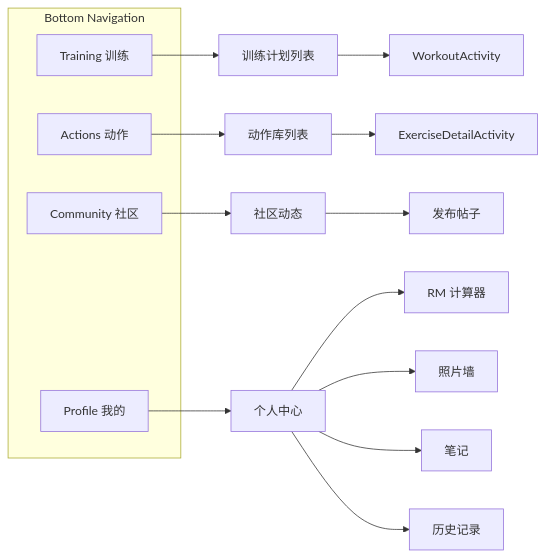
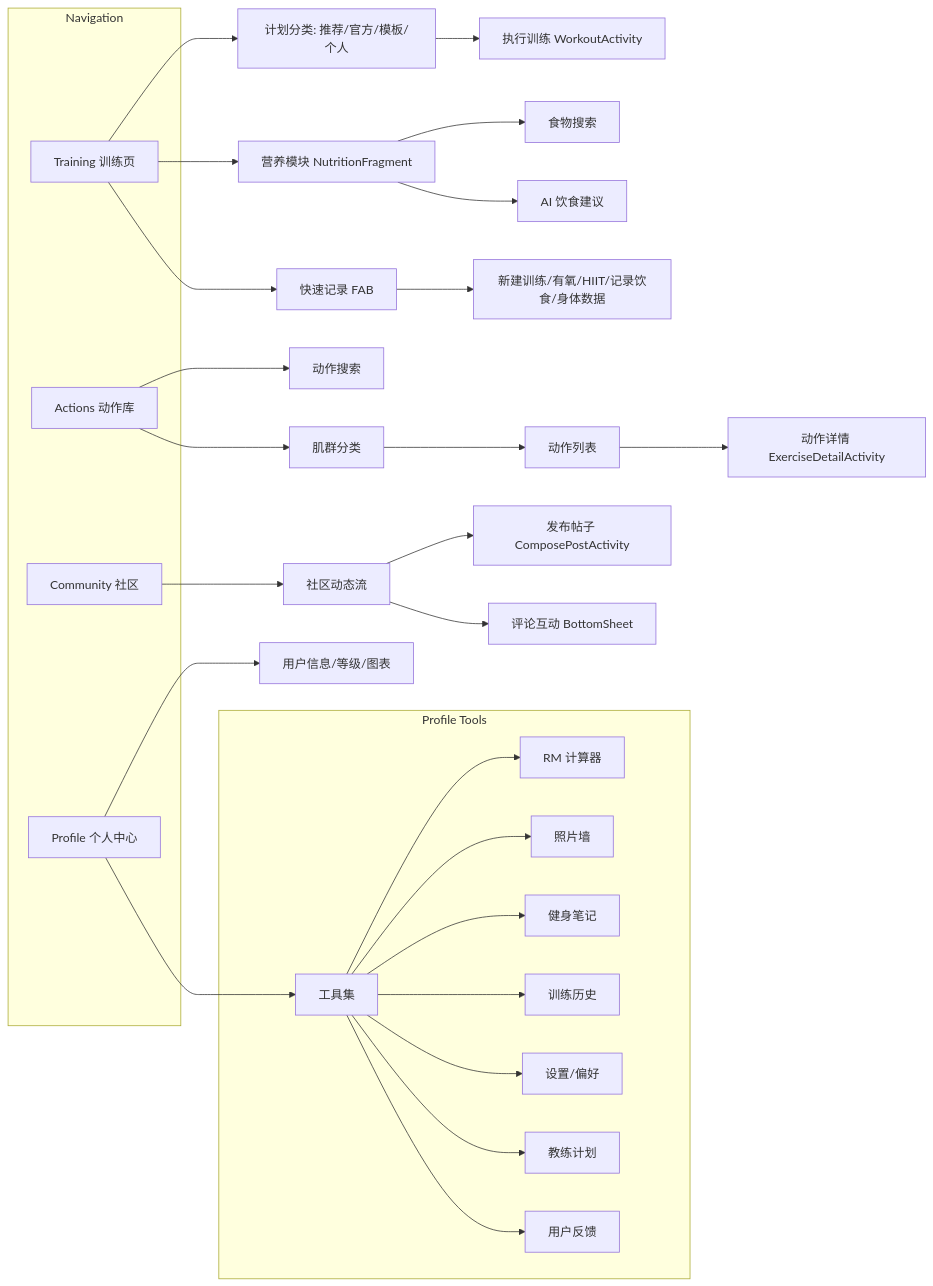
Before and after one commit to android-app-development-course/2025-Autumn-Aberdeen-2-TrainTrack_App: the second of 2 diagrams in README.md, drawn with Mermaid.

````diff
--- a/README.md
+++ b/README.md
@@ -215,24 +215,43 @@
 ```mermaid
 graph LR
-    subgraph "Bottom Navigation"
-        H[Training 训练]
-        A[Actions 动作]
+    subgraph "Navigation"
+        H[Training 训练页]
+        A[Actions 动作库]
         C[Community 社区]
-        P[Profile 我的]
+        P[Profile 个人中心]
     end
+
+    %% Training Module
+    H --> H_Tabs[计划分类: 推荐/官方/模板/个人]
+    H_Tabs --> WA[执行训练 WorkoutActivity]
+    H --> H_Nut[营养模块 NutritionFragment]
+    H_Nut --> Nut_Search[食物搜索]
+    H_Nut --> Nut_AI[AI 饮食建议]
+    H --> FAB[快速记录 FAB]
+    FAB --> FAB_Acts[新建训练/有氧/HIIT/记录饮食/身体数据]
+
+    %% Actions Module
+    A --> A_Search[动作搜索]
+    A --> A_Muscle[肌群分类]
+    A_Muscle --> A_List[动作列表]
+    A_List --> A_Detail[动作详情 ExerciseDetailActivity]
+
+    %% Community Module
+    C --> C_Feed[社区动态流]
+    C_Feed --> C_Post[发布帖子 ComposePostActivity]
+    C_Feed --> C_Comment[评论互动 BottomSheet]
+
+    %% Profile Module
+    P --> P_Info[用户信息/等级/图表]
+    P --> P_Tools[工具集]
     
-    H --> HP[训练计划列表]
-    HP --> WA[WorkoutActivity]
-    
-    A --> EL[动作库列表]
-    EL --> ED[ExerciseDetailActivity]
-    
-    C --> CF[社区动态]
-    CF --> CP[发布帖子]
-    
-    P --> PF[个人中心]
-    PF --> T1[RM 计算器]
-    PF --> T2[照片墙]
-    PF --> T3[笔记]
-    PF --> T4[历史记录]
+    subgraph "Profile Tools"
+        P_Tools --> T1[RM 计算器]
+        P_Tools --> T2[照片墙]
+        P_Tools --> T3[健身笔记]
+        P_Tools --> T4[训练历史]
+        P_Tools --> T5[设置/偏好]
+        P_Tools --> T6[教练计划]
+        P_Tools --> T7[用户反馈]
+    end
 ```
````
